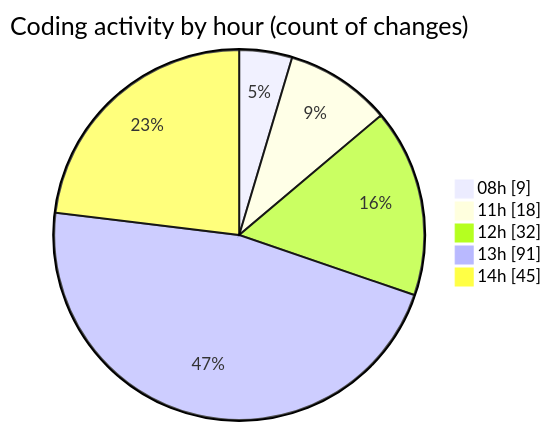
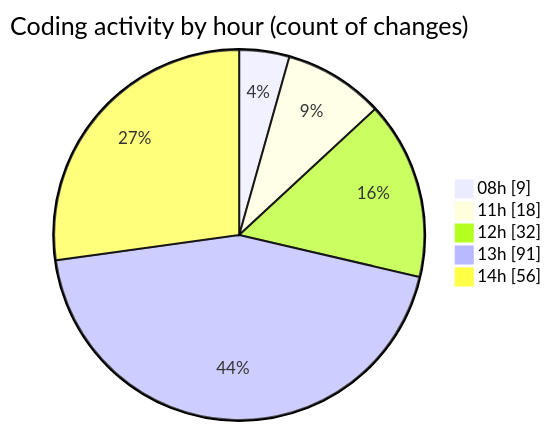
The second of 2 diagrams in 2026-04-17/cda/README.md (momahboobian/code-tracking), drawn with Mermaid before and after one commit. The commit also changed other lines of this file and 1 other file, not shown here.

````diff
--- a/2026-04-17/cda/README.md
+++ b/2026-04-17/cda/README.md
@@ -68,9 +68,9 @@
 ```mermaid
 pie showData
 title Coding activity by hour (count of changes)
 "08h" : 9
 "11h" : 18
 "12h" : 32
 "13h" : 91
-"14h" : 45
+"14h" : 56
 ```
````
